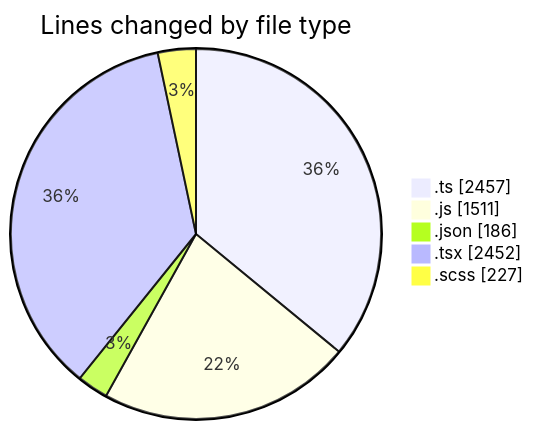
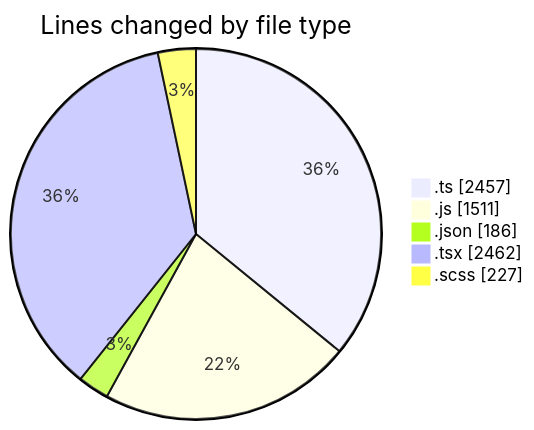
The first of 2 diagrams in 2026-06-18/cda/README.md (momahboobian/code-tracking), drawn with Mermaid before and after one commit. The commit also changed other lines of this file and 1 other file, not shown here.

````diff
--- a/2026-06-18/cda/README.md
+++ b/2026-06-18/cda/README.md
@@ -53,9 +53,9 @@
 ```mermaid
 pie showData
 title Lines changed by file type
 ".ts" : 2457
 ".js" : 1511
 ".json" : 186
-".tsx" : 2452
+".tsx" : 2462
 ".scss" : 227
 ```
````
